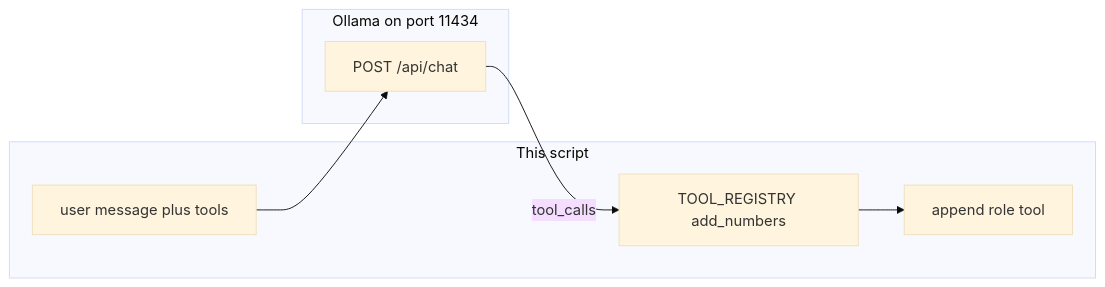
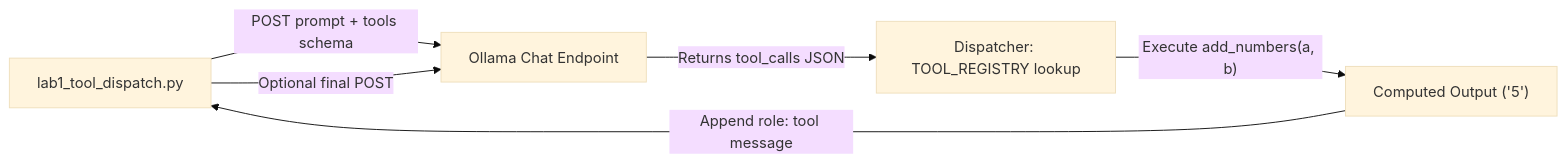
One commit to jacobbweber/AgenticAI-Labs changed the diagram in education/03_the_dispatcher/lab1_tool_dispatch.md. Above: the diagram before and after it, drawn with Mermaid (base theme). The commit also changed other lines of this file and 123 other files, not shown here.

````diff
--- a/education/03_the_dispatcher/lab1_tool_dispatch.md
+++ b/education/03_the_dispatcher/lab1_tool_dispatch.md
@@ -14,14 +18,8 @@
 ```mermaid
 flowchart LR
-    subgraph ch03_lab1_script [This script]
-        U["user message plus tools"]
-        R["TOOL_REGISTRY add_numbers"]
-        T["append role tool"]
-    end
-    subgraph ch03_lab1_host [Ollama on port 11434]
-        C["POST /api/chat"]
-    end
-    U --> C
-    C -->|"tool_calls"| R
-    R --> T
+    A["lab1_tool_dispatch.py"] -->|"POST prompt + tools schema"| B["Ollama Chat Endpoint"]
+    B -->|"Returns tool_calls JSON"| C["Dispatcher: TOOL_REGISTRY lookup"]
+    C -->|"Execute add_numbers(a, b)"| D["Computed Output ('5')"]
+    D -->|"Append role: tool message"| A
+    A -->|"Optional final POST"| B
 ```
````
